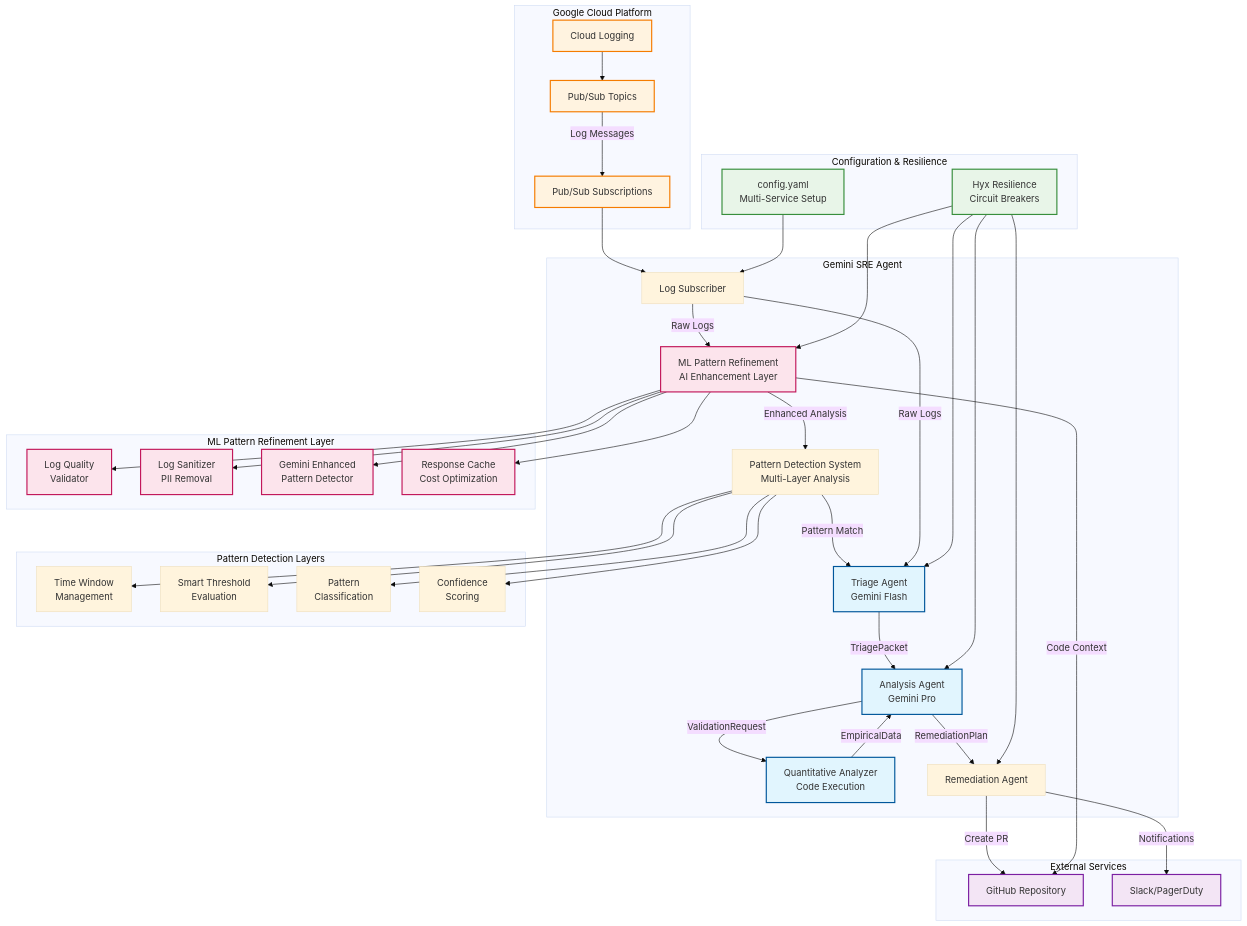
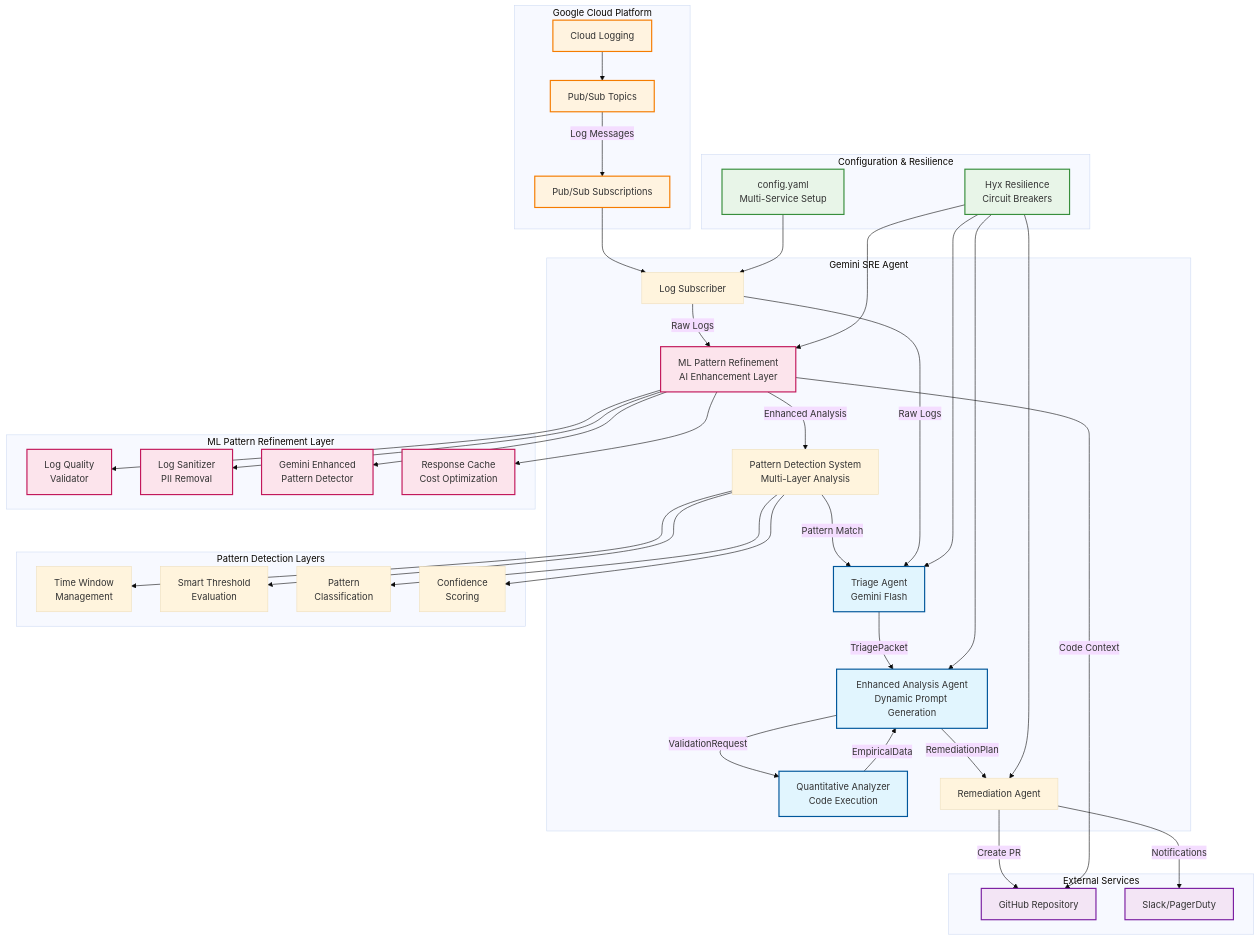
The first of 3 diagrams in README.md (khael-kun-cmd/gemini-sre-agent), drawn with Mermaid (base theme) before and after one commit. The commit also changed other lines of this file and 2 other files, not shown here.

First line of the commit message:
docs: comprehensive update for enhanced prompt generation system

````diff
--- a/README.md
+++ b/README.md
@@ -21,59 +21,59 @@
 ```mermaid
 graph TB
     subgraph "Google Cloud Platform"
         CL[Cloud Logging] --> PS[Pub/Sub Topics]
         PS --> |Log Messages| SUB[Pub/Sub Subscriptions]
     end
     
     subgraph "Gemini SRE Agent"
         SUB --> LS[Log Subscriber]
         LS --> |Raw Logs| MLPR[ML Pattern Refinement<br/>AI Enhancement Layer]
         MLPR --> |Enhanced Analysis| PD[Pattern Detection System<br/>Multi-Layer Analysis]
         PD --> |Pattern Match| TA[Triage Agent<br/>Gemini Flash]
         LS --> |Raw Logs| TA
-        TA --> |TriagePacket| AA[Analysis Agent<br/>Gemini Pro]
+        TA --> |TriagePacket| AA[Enhanced Analysis Agent<br/>Dynamic Prompt Generation]
         AA --> |ValidationRequest| QA[Quantitative Analyzer<br/>Code Execution]
         QA --> |EmpiricalData| AA
         AA --> |RemediationPlan| RA[Remediation Agent]
     end
     
     subgraph "ML Pattern Refinement Layer"
         MLPR --> LQV[Log Quality<br/>Validator]
         MLPR --> LSan[Log Sanitizer<br/>PII Removal]
         MLPR --> GEPD[Gemini Enhanced<br/>Pattern Detector]
         MLPR --> GRC[Response Cache<br/>Cost Optimization]
     end
     
     subgraph "Pattern Detection Layers"
         PD --> TW[Time Window<br/>Management]
         PD --> TE[Smart Threshold<br/>Evaluation]
         PD --> PC[Pattern<br/>Classification]
         PD --> CS[Confidence<br/>Scoring]
     end
     
     subgraph "External Services"
         RA --> |Create PR| GH[GitHub Repository]
         RA --> |Notifications| SLACK[Slack/PagerDuty]
         MLPR --> |Code Context| GH
     end
     
     subgraph "Configuration & Resilience"
         CONFIG[config.yaml<br/>Multi-Service Setup] --> LS
         RESILIENCE[Hyx Resilience<br/>Circuit Breakers] --> TA
         RESILIENCE --> AA
         RESILIENCE --> RA
         RESILIENCE --> MLPR
     end
     
     classDef aiComponent fill:#e1f5fe,stroke:#01579b,stroke-width:2px
     classDef gcpService fill:#fff3e0,stroke:#f57c00,stroke-width:2px
     classDef external fill:#f3e5f5,stroke:#7b1fa2,stroke-width:2px
     classDef config fill:#e8f5e8,stroke:#388e3c,stroke-width:2px
     classDef mlComponent fill:#fce4ec,stroke:#c2185b,stroke-width:2px
     
     class TA,AA,QA aiComponent
     class CL,PS,SUB gcpService
     class GH,SLACK external
     class CONFIG,RESILIENCE config
     class MLPR,LQV,LSan,GEPD,GRC mlComponent
 ```
````
